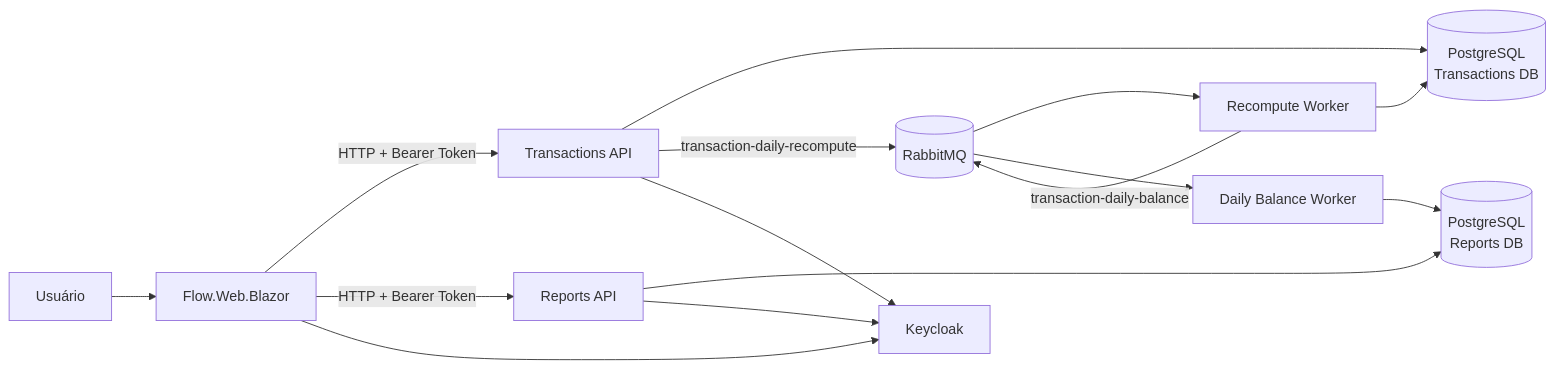
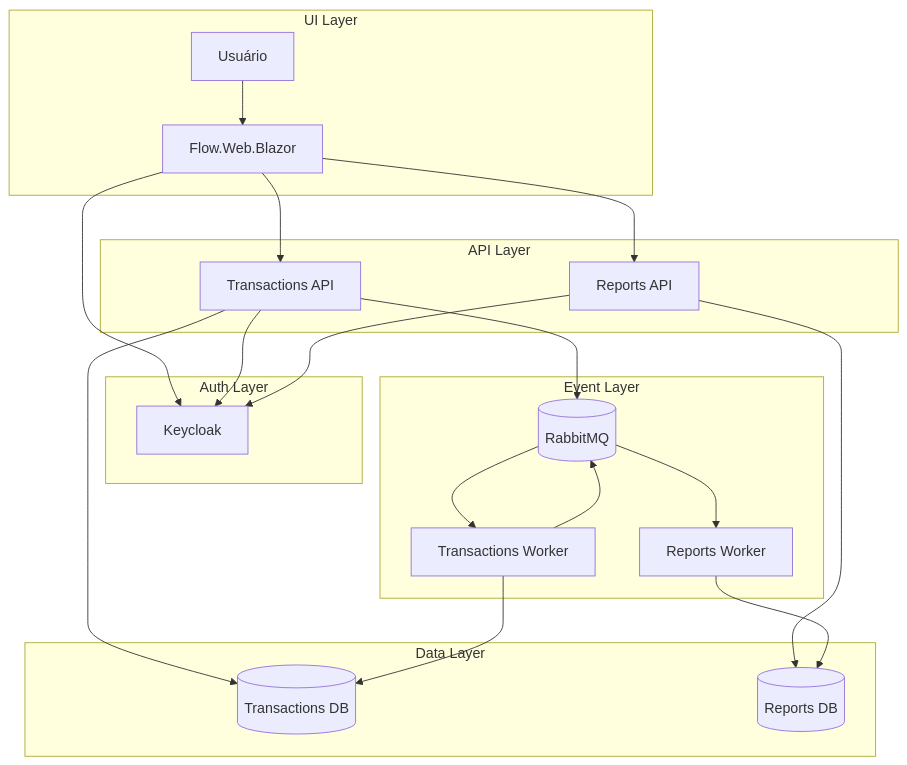
The diagram in README.md (micheloliveira-com/flow-case), drawn with Mermaid before and after one commit.

Commit message:
docs(readme): update flowchart with C4 layers

````diff
--- a/README.md
+++ b/README.md
@@ -31,20 +31,47 @@
 ```mermaid
-flowchart LR
-    User[Usuário] --> Web[Flow.Web.Blazor]
-    Web -->|HTTP + Bearer Token| TransactionsApi[Transactions API]
-    Web -->|HTTP + Bearer Token| ReportsApi[Reports API]
+flowchart TD
 
-    TransactionsApi --> TransactionsDb[(PostgreSQL<br/>Transactions DB)]
-    ReportsApi --> ReportsDb[(PostgreSQL<br/>Reports DB)]
+    subgraph UI[UI Layer]
+        User[Usuário]
+        Web[Flow.Web.Blazor]
+        User --> Web
+    end
 
-    TransactionsApi -->|transaction-daily-recompute| RabbitMQ[(RabbitMQ)]
-    RabbitMQ --> TransactionsWorker[Recompute Worker]
-    TransactionsWorker --> TransactionsDb
-    TransactionsWorker -->|transaction-daily-balance| RabbitMQ
-    RabbitMQ --> ReportsWorker[Daily Balance Worker]
-    ReportsWorker --> ReportsDb
+    subgraph API[API Layer]
+        TransactionsApi[Transactions API]
+        ReportsApi[Reports API]
 
-    Web --> Keycloak[Keycloak]
-    TransactionsApi --> Keycloak
-    ReportsApi --> Keycloak
+        Web --> TransactionsApi
+        Web --> ReportsApi
+    end
+
+    subgraph AUTH[Auth Layer]
+        Keycloak[Keycloak]
+
+        Web --> Keycloak
+        TransactionsApi --> Keycloak
+        ReportsApi --> Keycloak
+    end
+
+    subgraph DATA[Data Layer]
+        TransactionsDb[(Transactions DB)]
+        ReportsDb[(Reports DB)]
+
+        TransactionsApi --> TransactionsDb
+        ReportsApi --> ReportsDb
+    end
+
+    subgraph EVENT[Event Layer]
+        RabbitMQ[(RabbitMQ)]
+        TransactionsWorker[Transactions Worker]
+        ReportsWorker[Reports Worker]
+
+        TransactionsApi --> RabbitMQ
+        RabbitMQ --> TransactionsWorker
+        TransactionsWorker --> TransactionsDb
+        TransactionsWorker --> RabbitMQ
+
+        RabbitMQ --> ReportsWorker
+        ReportsWorker --> ReportsDb
+    end
 ```
````
